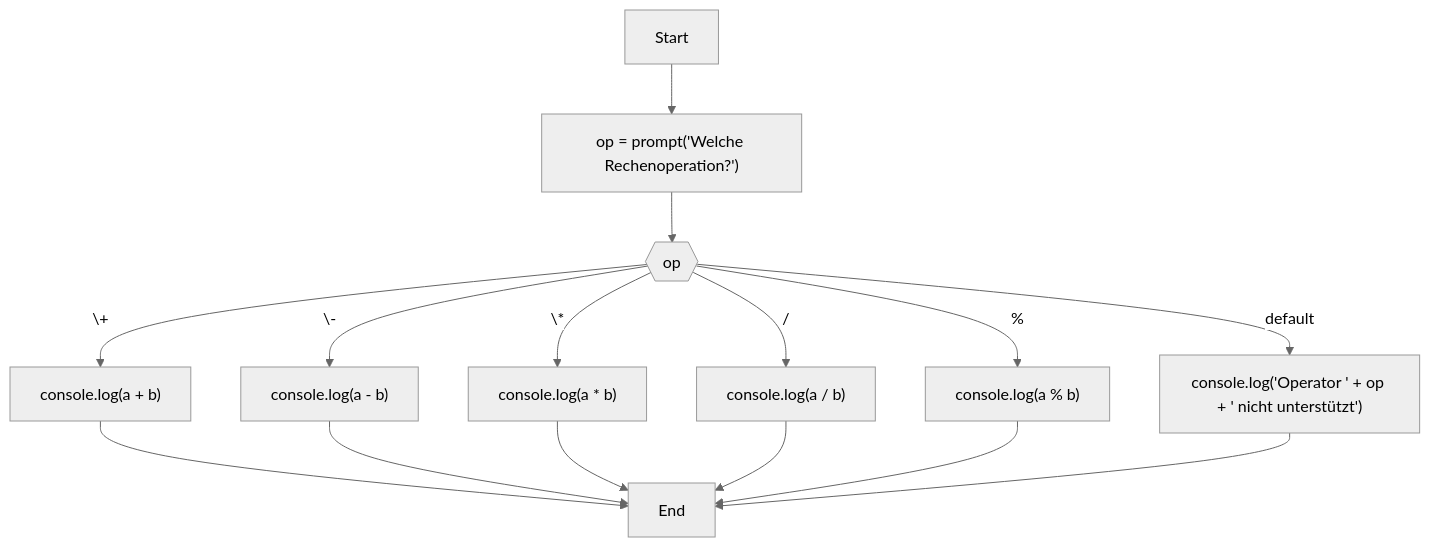
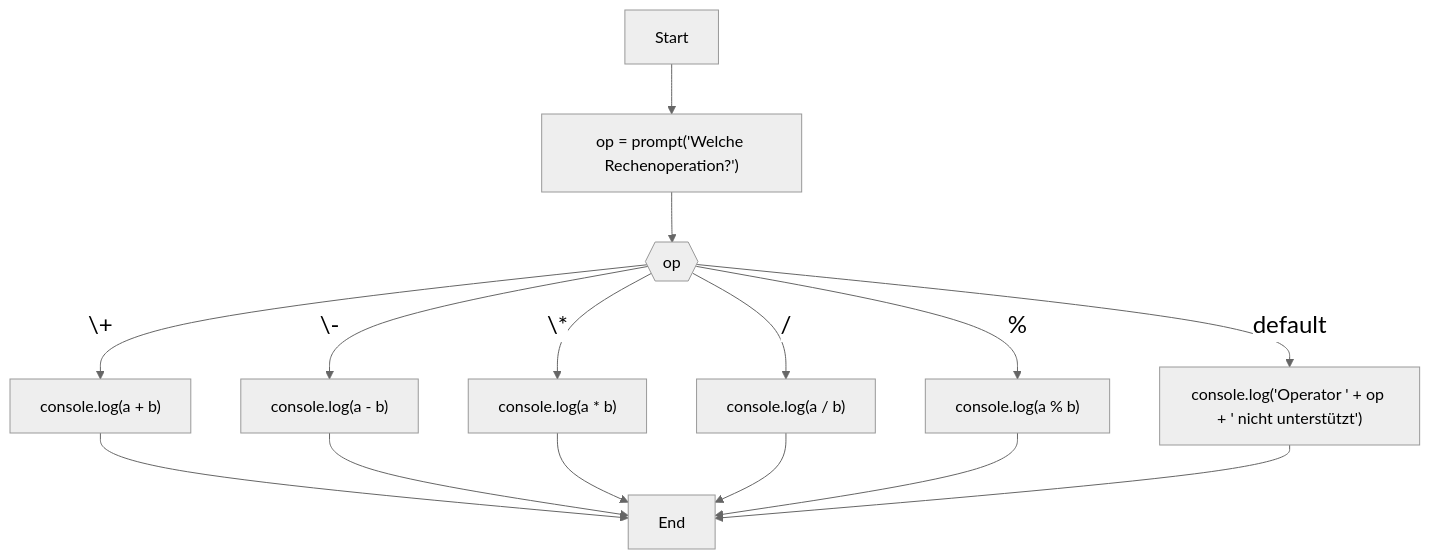
Before and after one commit to behrends/workshops: the diagram in pages/prog/04-practice/switch.mdx, drawn with Mermaid (neutral theme).

Commit message:
Prog: Mermaid diagram in switch with bigger link text

````diff
--- a/pages/prog/04-practice/switch.mdx
+++ b/pages/prog/04-practice/switch.mdx
@@ -62,17 +62,18 @@
 ```mermaid
 flowchart TD
-    A[Start] --> B["op = prompt('Welche Rechenoperation?')"]
-    B --> C{{op}}
-    C -->|\+| D["console.log(a + b)"]
-    D --> E[End]
-    C -->|\-| F["console.log(a - b)"]
-    F --> E
-    C -->|\*| G["console.log(a * b)"]
-    G --> E
-    C -->|/| H["console.log(a / b)"]
-    H --> E
-    C -->|%| I["console.log(a % b)"]
-    I --> E
-    C -->|default| J["console.log('Operator ' + op + ' nicht unterstützt')"]
-    J --> E
+  A[Start] --> B["op = prompt('Welche Rechenoperation?')"]
+  B --> C{{op}}
+  C -->|\+| D["console.log(a + b)"]
+  D --> E[End]
+  C -->|\-| F["console.log(a - b)"]
+  F --> E
+  C -->|\*| G["console.log(a * b)"]
+  G --> E
+  C -->|/| H["console.log(a / b)"]
+  H --> E
+  C -->|%| I["console.log(a % b)"]
+  I --> E
+  C -->|default| J["console.log('Operator ' + op + ' nicht unterstützt')"]
+  J --> E
+  linkStyle default font-size:24px
 ```
````
